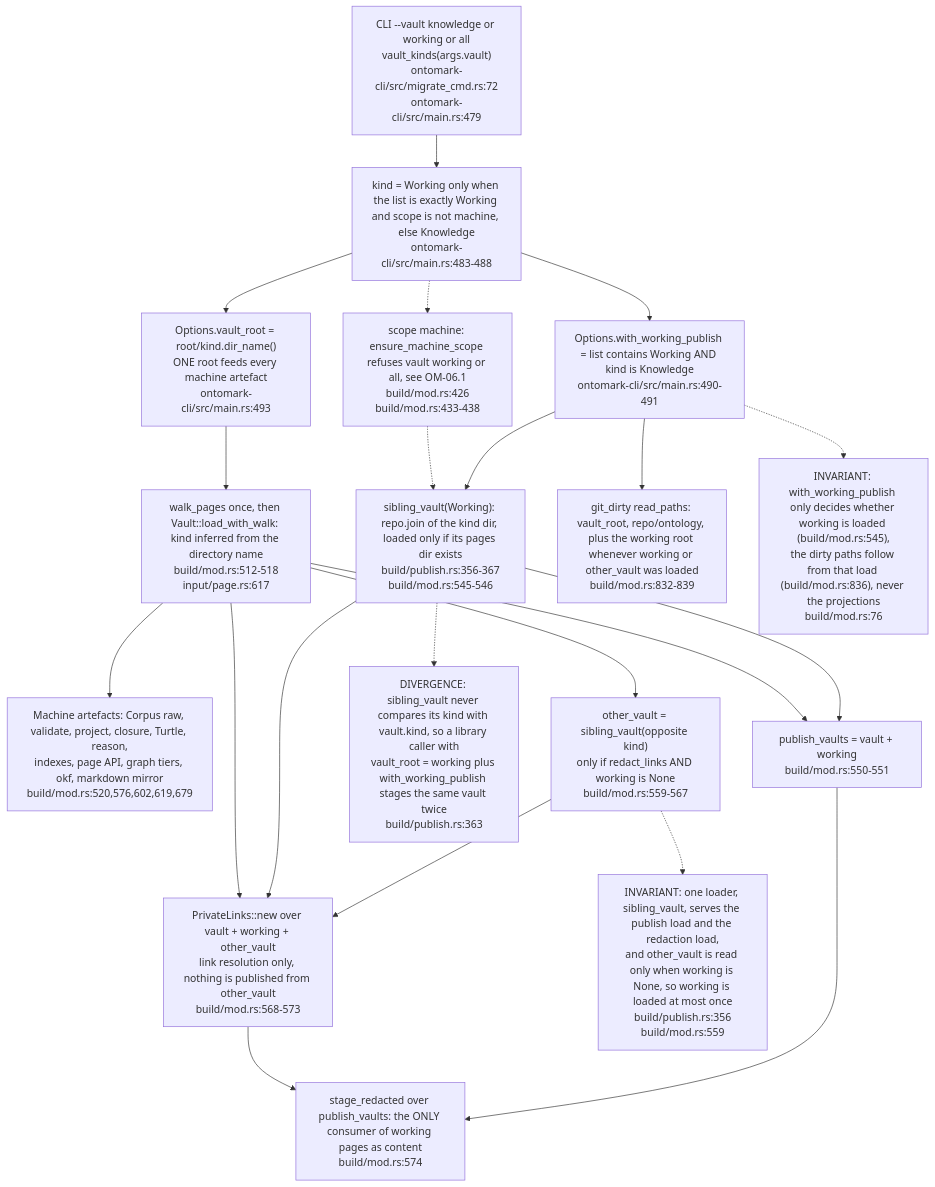
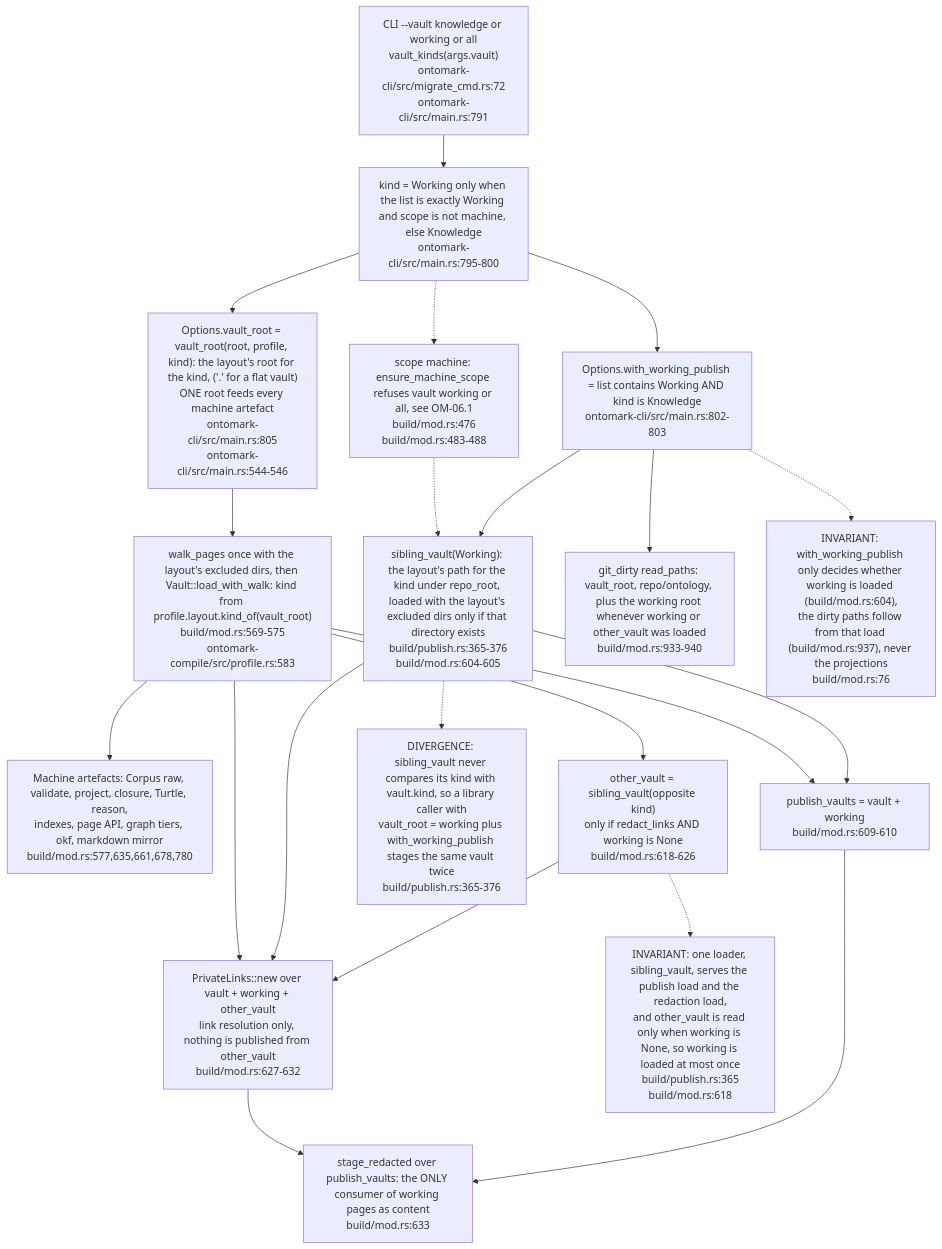
Before and after one commit to DreamLab-AI/VisionFlow: the second of 8 diagrams in docs/diagrams/ontomark/03-build-run-gates-staging-and-generation.md, drawn with Mermaid. The commit also changed other lines of this file and 160 other files, not shown here.

````diff
--- a/docs/diagrams/ontomark/03-build-run-gates-staging-and-generation.md
+++ b/docs/diagrams/ontomark/03-build-run-gates-staging-and-generation.md
@@ -70,33 +74,33 @@
 ```mermaid
 flowchart TD
-    ARG["CLI --vault knowledge or working or all<br/>vault_kinds(args.vault)<br/>ontomark-cli/src/migrate_cmd.rs:72<br/>ontomark-cli/src/main.rs:479"]
-    KIND["kind = Working only when the list is exactly Working and scope is not machine, else Knowledge<br/>ontomark-cli/src/main.rs:483-488"]
-    ROOT["Options.vault_root = root/kind.dir_name()<br/>ONE root feeds every machine artefact<br/>ontomark-cli/src/main.rs:493"]
-    WIDE["Options.with_working_publish = list contains Working AND kind is Knowledge<br/>ontomark-cli/src/main.rs:490-491"]
-    MSC["scope machine: ensure_machine_scope refuses vault working or all, see OM-06.1<br/>build/mod.rs:426<br/>build/mod.rs:433-438"]
-    LOAD["walk_pages once, then Vault::load_with_walk: kind inferred from the directory name<br/>build/mod.rs:512-518<br/>input/page.rs:617"]
-    MACH["Machine artefacts: Corpus raw, validate, project, closure, Turtle, reason,<br/>indexes, page API, graph tiers, okf, markdown mirror<br/>build/mod.rs:520,576,602,619,679"]
-    SW["sibling_vault(Working): repo.join of the kind dir, loaded only if its pages dir exists<br/>build/publish.rs:356-367<br/>build/mod.rs:545-546"]
-    PUBV["publish_vaults = vault + working<br/>build/mod.rs:550-551"]
-    STAGE["stage_redacted over publish_vaults: the ONLY consumer of working pages as content<br/>build/mod.rs:574"]
-    OTHER["other_vault = sibling_vault(opposite kind)<br/>only if redact_links AND working is None<br/>build/mod.rs:559-567"]
-    PL["PrivateLinks::new over vault + working + other_vault<br/>link resolution only, nothing is published from other_vault<br/>build/mod.rs:568-573"]
-    GITD["git_dirty read_paths: vault_root, repo/ontology, plus the working root whenever working or other_vault was loaded<br/>build/mod.rs:832-839"]
-    N1["INVARIANT: with_working_publish only decides whether working is loaded (build/mod.rs:545),<br/>the dirty paths follow from that load (build/mod.rs:836), never the projections<br/>build/mod.rs:76"]
-    N2["INVARIANT: one loader, sibling_vault, serves the publish load and the redaction load,<br/>and other_vault is read only when working is None, so working is loaded at most once<br/>build/publish.rs:356<br/>build/mod.rs:559"]
-    N3["DIVERGENCE: sibling_vault never compares its kind with vault.kind, so a library caller with<br/>vault_root = working plus with_working_publish stages the same vault twice<br/>build/publish.rs:363"]
+    ARG["CLI --vault knowledge or working or all<br/>vault_kinds(args.vault)<br/>ontomark-cli/src/migrate_cmd.rs:72<br/>ontomark-cli/src/main.rs:791"]
+    KIND["kind = Working only when the list is exactly Working and scope is not machine, else Knowledge<br/>ontomark-cli/src/main.rs:795-800"]
+    ROOT["Options.vault_root = vault_root(root, profile, kind): the layout's root for the kind, ('.' for a flat vault)<br/>ONE root feeds every machine artefact<br/>ontomark-cli/src/main.rs:805<br/>ontomark-cli/src/main.rs:544-546"]
+    WIDE["Options.with_working_publish = list contains Working AND kind is Knowledge<br/>ontomark-cli/src/main.rs:802-803"]
+    MSC["scope machine: ensure_machine_scope refuses vault working or all, see OM-06.1<br/>build/mod.rs:476<br/>build/mod.rs:483-488"]
+    LOAD["walk_pages once with the layout's excluded dirs, then Vault::load_with_walk: kind from profile.layout.kind_of(vault_root)<br/>build/mod.rs:569-575<br/>ontomark-compile/src/profile.rs:583"]
+    MACH["Machine artefacts: Corpus raw, validate, project, closure, Turtle, reason,<br/>indexes, page API, graph tiers, okf, markdown mirror<br/>build/mod.rs:577,635,661,678,780"]
+    SW["sibling_vault(Working): the layout's path for the kind under repo_root, loaded with the layout's excluded dirs only if that directory exists<br/>build/publish.rs:365-376<br/>build/mod.rs:604-605"]
+    PUBV["publish_vaults = vault + working<br/>build/mod.rs:609-610"]
+    STAGE["stage_redacted over publish_vaults: the ONLY consumer of working pages as content<br/>build/mod.rs:633"]
+    OTHER["other_vault = sibling_vault(opposite kind)<br/>only if redact_links AND working is None<br/>build/mod.rs:618-626"]
+    PL["PrivateLinks::new over vault + working + other_vault<br/>link resolution only, nothing is published from other_vault<br/>build/mod.rs:627-632"]
+    GITD["git_dirty read_paths: vault_root, repo/ontology, plus the working root whenever working or other_vault was loaded<br/>build/mod.rs:933-940"]
+    N1["INVARIANT: with_working_publish only decides whether working is loaded (build/mod.rs:604),<br/>the dirty paths follow from that load (build/mod.rs:937), never the projections<br/>build/mod.rs:76"]
+    N2["INVARIANT: one loader, sibling_vault, serves the publish load and the redaction load,<br/>and other_vault is read only when working is None, so working is loaded at most once<br/>build/publish.rs:365<br/>build/mod.rs:618"]
+    N3["DIVERGENCE: sibling_vault never compares its kind with vault.kind, so a library caller with<br/>vault_root = working plus with_working_publish stages the same vault twice<br/>build/publish.rs:365-376"]
     ARG --> KIND --> ROOT --> LOAD --> MACH
     KIND --> WIDE
     WIDE --> SW --> PUBV --> STAGE
     LOAD --> PUBV
     LOAD --> OTHER --> PL
     SW --> PL
     LOAD --> PL
     PL --> STAGE
     WIDE --> GITD
     KIND -.-> MSC
     MSC -.-> SW
     WIDE -.-> N1
     OTHER -.-> N2
     SW -.-> N3
 ```
````
